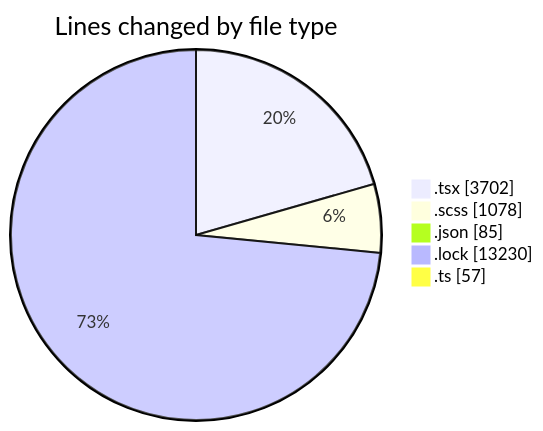
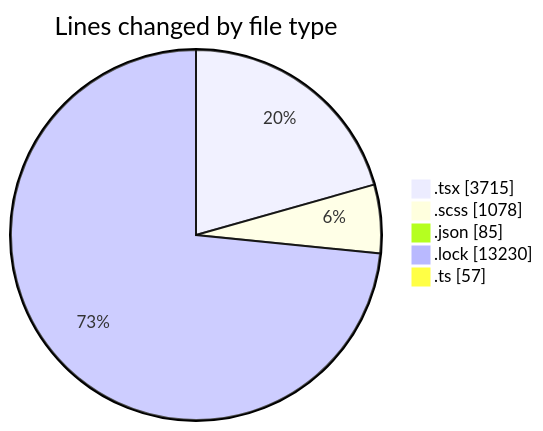
The first of 2 diagrams in 2025-10-03/cda/README.md (momahboobian/code-tracking), drawn with Mermaid before and after one commit. The commit also changed other lines of this file and 1 other file, not shown here.

````diff
--- a/2025-10-03/cda/README.md
+++ b/2025-10-03/cda/README.md
@@ -30,9 +30,9 @@
 ```mermaid
 pie showData
 title Lines changed by file type
-".tsx" : 3702
+".tsx" : 3715
 ".scss" : 1078
 ".json" : 85
 ".lock" : 13230
 ".ts" : 57
 ```
````
